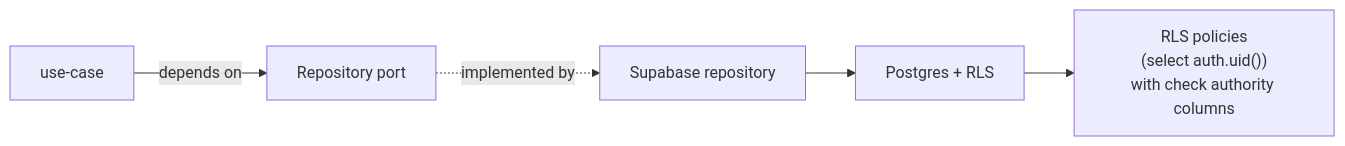
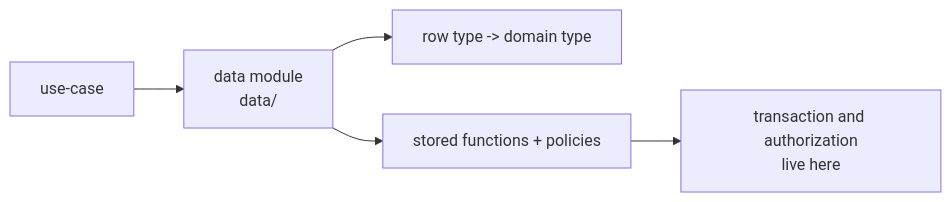
Before and after one commit to clicktronix/nextjs-clean-skills: the fifth of 6 diagrams in docs/architecture-contract.md, drawn with Mermaid. The commit also changed other lines of this file and 68 other files, not shown here.

````diff
--- a/docs/architecture-contract.md
+++ b/docs/architecture-contract.md
@@ -159,7 +208,7 @@
 ```mermaid
 flowchart LR
-  UseCase["use-case"] -->|"depends on"| Port["Repository port"]
-  Port -. "implemented by" .-> Adapter["Supabase repository"]
-  Adapter --> SQL["Postgres + RLS"]
-  SQL --> Policy["RLS policies\n(select auth.uid())\nwith check authority columns"]
+  UseCase["use-case"] --> DataModule["data module\ndata/<slice>"]
+  DataModule --> RowMap["row type -> domain type"]
+  DataModule --> SQL["stored functions + policies"]
+  SQL --> Authority["transaction and authorization\nlive here"]
 ```
````
